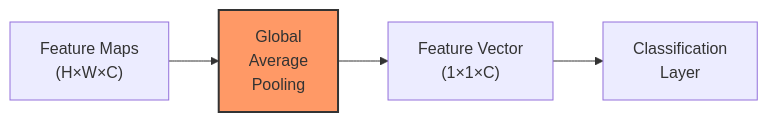
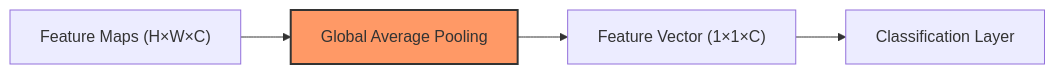
The fourth of 6 diagrams in C_3.md (Chaklader/landmark-classification-cnn), drawn with Mermaid before and after one commit. The commit also changed other lines of this file, not shown here.

````diff
--- a/C_3.md
+++ b/C_3.md
@@ -543,7 +543,7 @@
 ```mermaid
 graph LR
-    A["Feature Maps\n(H×W×C)"] --> B["Global\nAverage\nPooling"]
-    B --> C["Feature Vector\n(1×1×C)"]
-    C --> D["Classification\nLayer"]
+    A["Feature Maps (H×W×C)"] --> B["Global Average Pooling"]
+    B --> C["Feature Vector (1×1×C)"]
+    C --> D["Classification Layer"]
     style B fill:#f96,stroke:#333,stroke-width:2px
 ```
````
